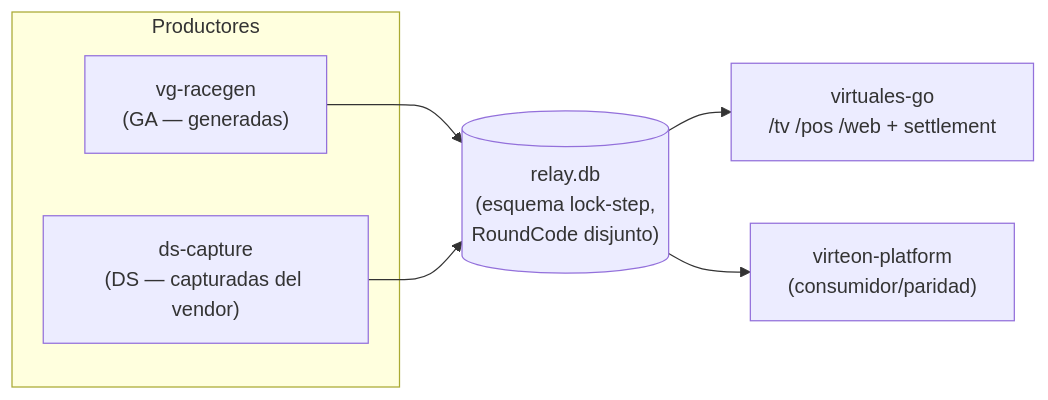
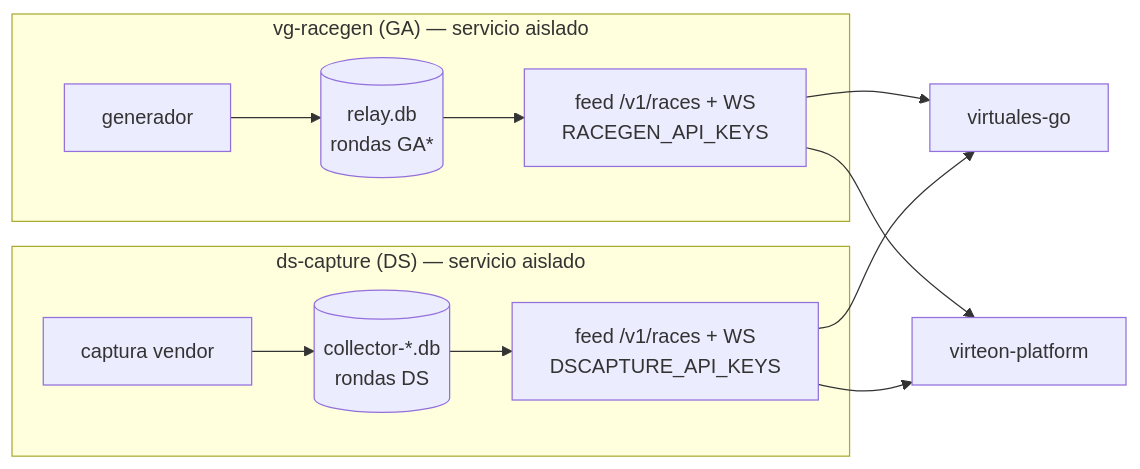
Before and after one commit to marcos-ugarte/race-generator: the fifth of 5 diagrams in docs/ARCHITECTURE.md, drawn with Mermaid. The commit also changed other lines of this file, not shown here.

Commit message:
docs(arch): aclarar que vg-racegen y ds-capture NO se mezclan
Corrige la redacción/diagrama de la sección "Fronteras": NO comparten una
relay.db. Cada productor es un servicio aislado con su propia base
(vg-racegen → relay.db GA*; ds-capture → collector-*.db DS), proceso,
puerto y llaves propios. Lo que se ESTANDARIZA (no se comparte) es el
esquema SQLite y el contrato de feed /v1/races+WS, para que el consumidor
use un solo cliente. Prefijos GA* vs DS los mantienen inconfundibles.

````diff
--- a/docs/ARCHITECTURE.md
+++ b/docs/ARCHITECTURE.md
@@ -266,11 +273,15 @@
 ```mermaid
 flowchart LR
-    subgraph Productores
-      VG["vg-racegen<br/>(GA — generadas)"]
-      DSC["ds-capture<br/>(DS — capturadas del vendor)"]
+    subgraph SVG["vg-racegen (GA) — servicio aislado"]
+      VG["generador"] --> RDBGA[("relay.db<br/>rondas GA*")]
+      RDBGA --> FGA["feed /v1/races + WS<br/>RACEGEN_API_KEYS"]
     end
-    VG --> RDB[("relay.db<br/>(esquema lock-step,<br/>RoundCode disjunto)")]
-    DSC --> RDB
-    RDB --> C1["virtuales-go<br/>/tv /pos /web + settlement"]
-    RDB --> C2["virteon-platform<br/>(consumidor/paridad)"]
+    subgraph SDS["ds-capture (DS) — servicio aislado"]
+      DSC["captura vendor"] --> RDBDS[("collector-*.db<br/>rondas DS")]
+      RDBDS --> FDS["feed /v1/races + WS<br/>DSCAPTURE_API_KEYS"]
+    end
+    FGA --> C1["virtuales-go"]
+    FDS --> C1
+    FGA --> C2["virteon-platform"]
+    FDS --> C2
 ```
````
